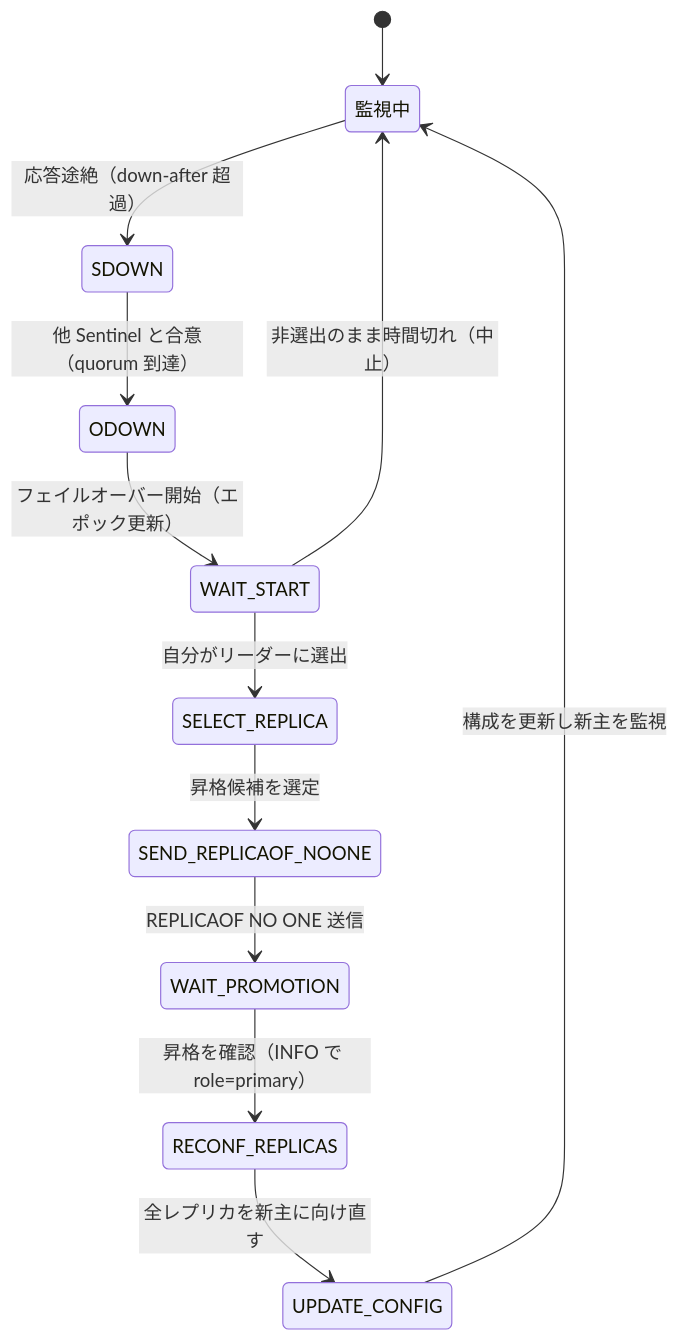
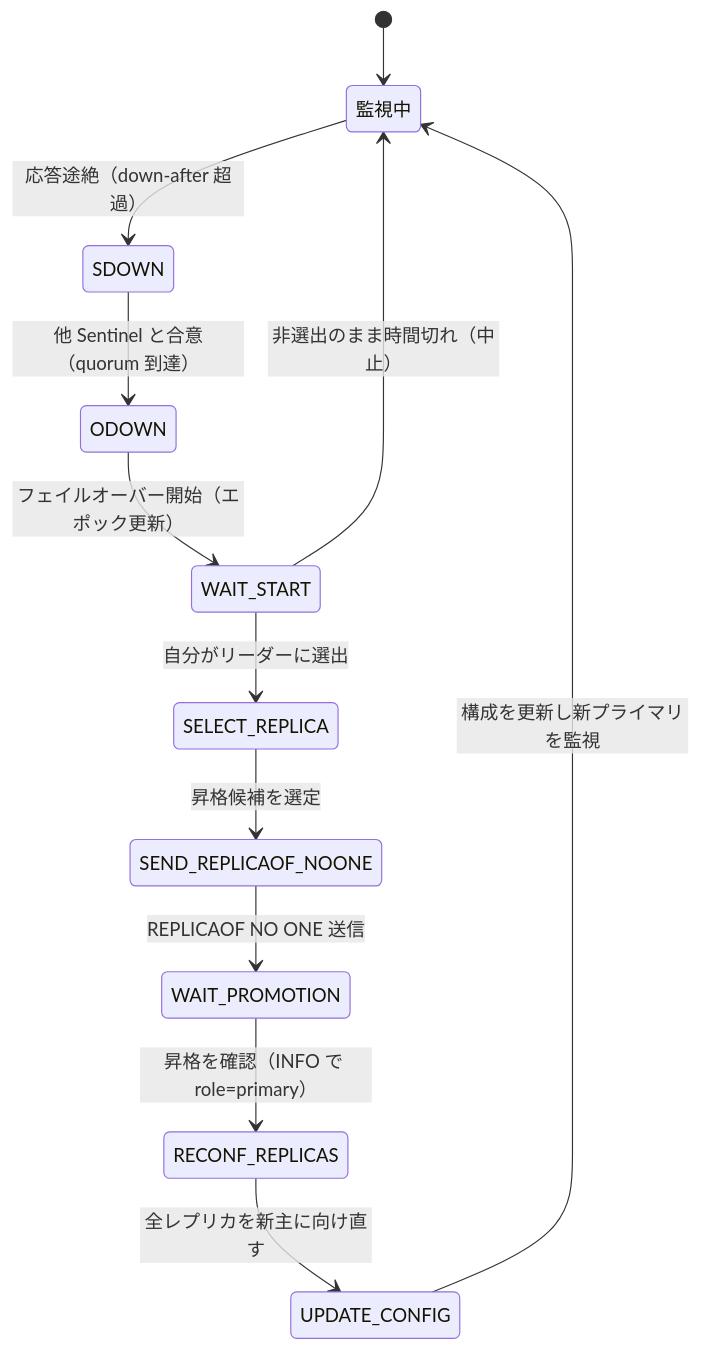
The diagram in valkey/part07-replication-cluster/41-sentinel.md (miyamadoKL/source-code-reading), drawn with Mermaid before and after one commit. The commit also changed other lines of this file and 3 other files, not shown here.

````diff
--- a/valkey/part07-replication-cluster/41-sentinel.md
+++ b/valkey/part07-replication-cluster/41-sentinel.md
@@ -515,14 +515,14 @@
 ```mermaid
 stateDiagram-v2
     [*] --> 監視中
     監視中 --> SDOWN: 応答途絶（down-after 超過）
     SDOWN --> ODOWN: 他 Sentinel と合意（quorum 到達）
     ODOWN --> WAIT_START: フェイルオーバー開始（エポック更新）
     WAIT_START --> SELECT_REPLICA: 自分がリーダーに選出
     WAIT_START --> 監視中: 非選出のまま時間切れ（中止）
     SELECT_REPLICA --> SEND_REPLICAOF_NOONE: 昇格候補を選定
     SEND_REPLICAOF_NOONE --> WAIT_PROMOTION: REPLICAOF NO ONE 送信
     WAIT_PROMOTION --> RECONF_REPLICAS: 昇格を確認（INFO で role=primary）
     RECONF_REPLICAS --> UPDATE_CONFIG: 全レプリカを新主に向け直す
-    UPDATE_CONFIG --> 監視中: 構成を更新し新主を監視
+    UPDATE_CONFIG --> 監視中: 構成を更新し新プライマリを監視
 ```
````
